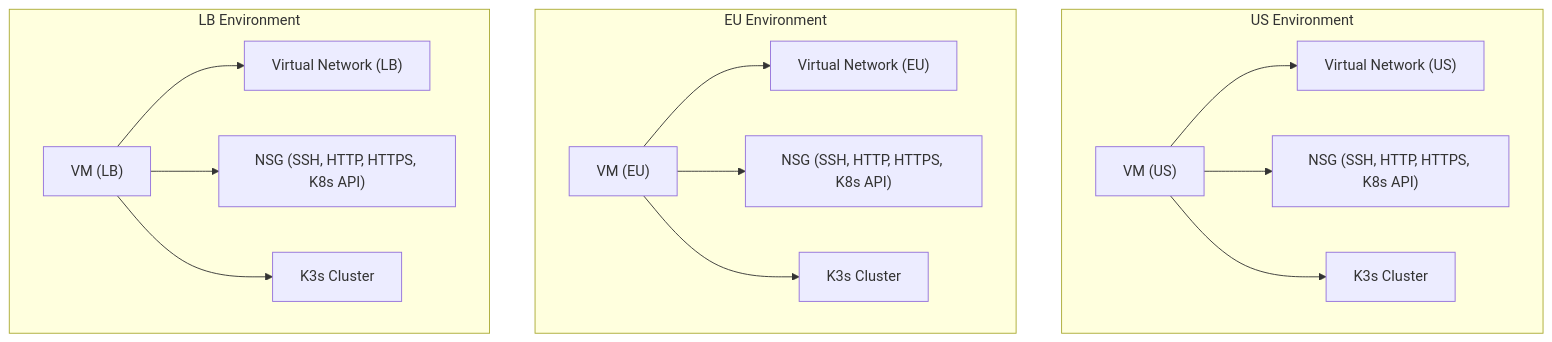
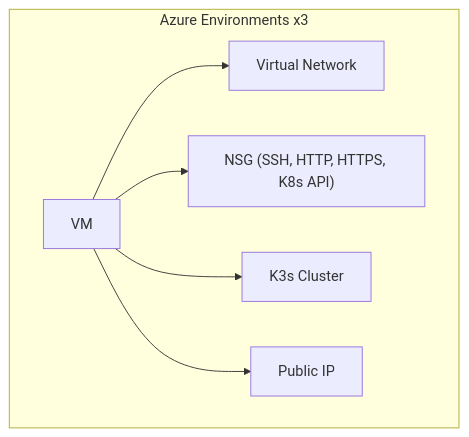
Before and after one commit to thomas-mauran/demo-traefik: the first of 2 diagrams in terraform/README.md, drawn with Mermaid. The commit also changed other lines of this file and 11 other files, not shown here.

````diff
--- a/terraform/README.md
+++ b/terraform/README.md
@@ -97,36 +118,16 @@
 ```mermaid
 graph TD
 
-  subgraph US Environment
-    VM_US["VM (US)"]
-    Net_US["Virtual Network (US)"]
-    NSG_US["NSG (SSH, HTTP, HTTPS, K8s API)"]
-    K3s_US["K3s Cluster"]
+  subgraph Azure Environments x3
+    VM["VM"]
+    Net["Virtual Network"]
+    NSG["NSG (SSH, HTTP, HTTPS, K8s API)"]
+    K3s["K3s Cluster"]
+    PIP["Public IP"]
   end
 
-  subgraph EU Environment
-    VM_EU["VM (EU)"]
-    Net_EU["Virtual Network (EU)"]
-    NSG_EU["NSG (SSH, HTTP, HTTPS, K8s API)"]
-    K3s_EU["K3s Cluster"]
-  end
-
-  subgraph LB Environment
-    VM_LB["VM (LB)"]
-    Net_LB["Virtual Network (LB)"]
-    NSG_LB["NSG (SSH, HTTP, HTTPS, K8s API)"]
-    K3s_LB["K3s Cluster"]
-  end
-
-  VM_US --> Net_US
-  VM_US --> NSG_US
-  VM_US --> K3s_US
-
-  VM_EU --> Net_EU
-  VM_EU --> NSG_EU
-  VM_EU --> K3s_EU
-
-  VM_LB --> Net_LB
-  VM_LB --> NSG_LB
-  VM_LB --> K3s_LB
+  VM --> Net
+  VM --> NSG
+  VM --> K3s
+  VM --> PIP
 ```
````
